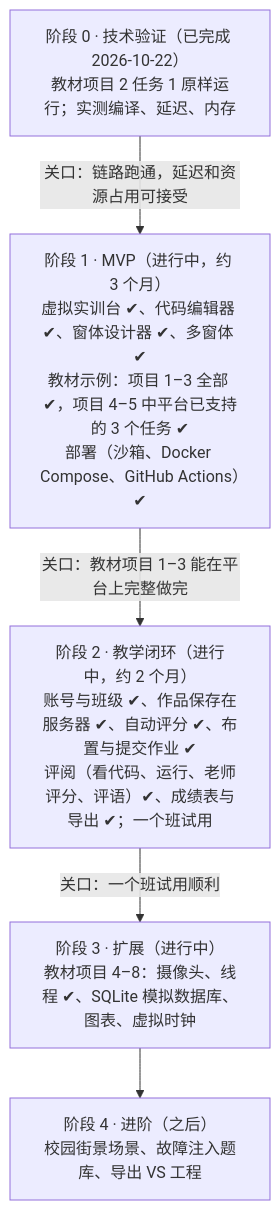
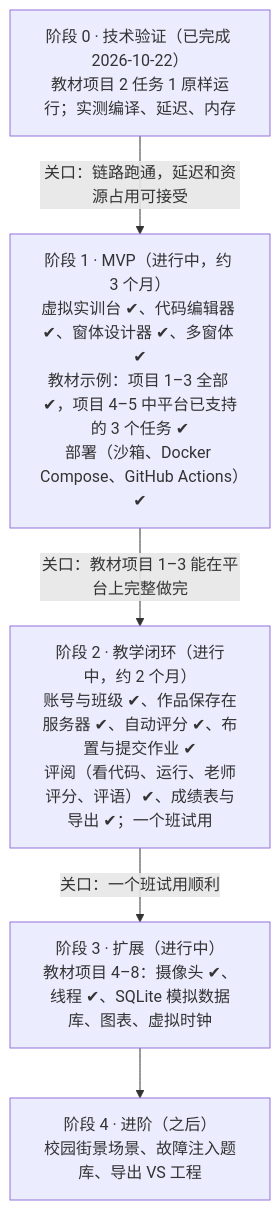
One commit to yuetsh/IOT_SIM changed the second of 2 diagrams in docs/设计方案.md. Above: the diagram before and after it, drawn with Mermaid. The commit also changed other lines of this file and 75 other files, not shown here.

````diff
--- a/docs/设计方案.md
+++ b/docs/设计方案.md
@@ -234,12 +234,12 @@
 ```mermaid
 flowchart TB
   P0["阶段 0 · 技术验证（已完成 2026-10-22）<br/>教材项目 2 任务 1 原样运行；实测编译、延迟、内存"]
   P1["阶段 1 · MVP（进行中，约 3 个月）<br/>虚拟实训台 ✔、代码编辑器 ✔、窗体设计器 ✔、多窗体 ✔<br/>教材示例：项目 1–3 全部 ✔，项目 4–5 中平台已支持的 3 个任务 ✔<br/>部署（沙箱、Docker Compose、GitHub Actions）✔"]
   P2["阶段 2 · 教学闭环（进行中，约 2 个月）<br/>账号与班级 ✔、作品保存在服务器 ✔、自动评分 ✔、布置与提交作业 ✔<br/>评阅（看代码、运行、老师评分、评语）✔、成绩表与导出 ✔；一个班试用"]
-  P3["阶段 3 · 扩展（进行中）<br/>教材项目 4–8：摄像头、线程 ✔、SQLite 模拟数据库、图表、虚拟时钟"]
+  P3["阶段 3 · 扩展（进行中）<br/>教材项目 4–8：摄像头 ✔、线程 ✔、SQLite 模拟数据库、图表、虚拟时钟"]
   P4["阶段 4 · 进阶（之后）<br/>校园街景场景、故障注入题库、导出 VS 工程"]
   P0 -->|"关口：链路跑通，延迟和资源占用可接受"| P1
   P1 -->|"关口：教材项目 1–3 能在平台上完整做完"| P2
   P2 -->|"关口：一个班试用顺利"| P3
   P3 --> P4
 ```
````
